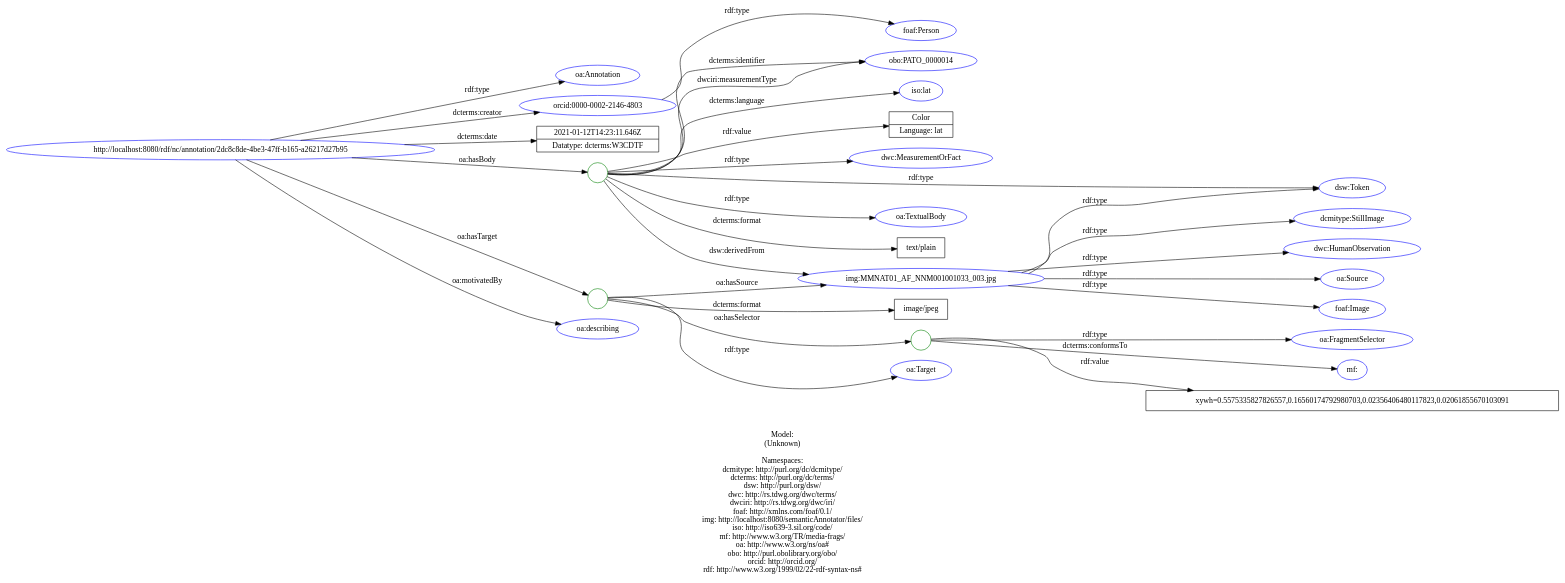
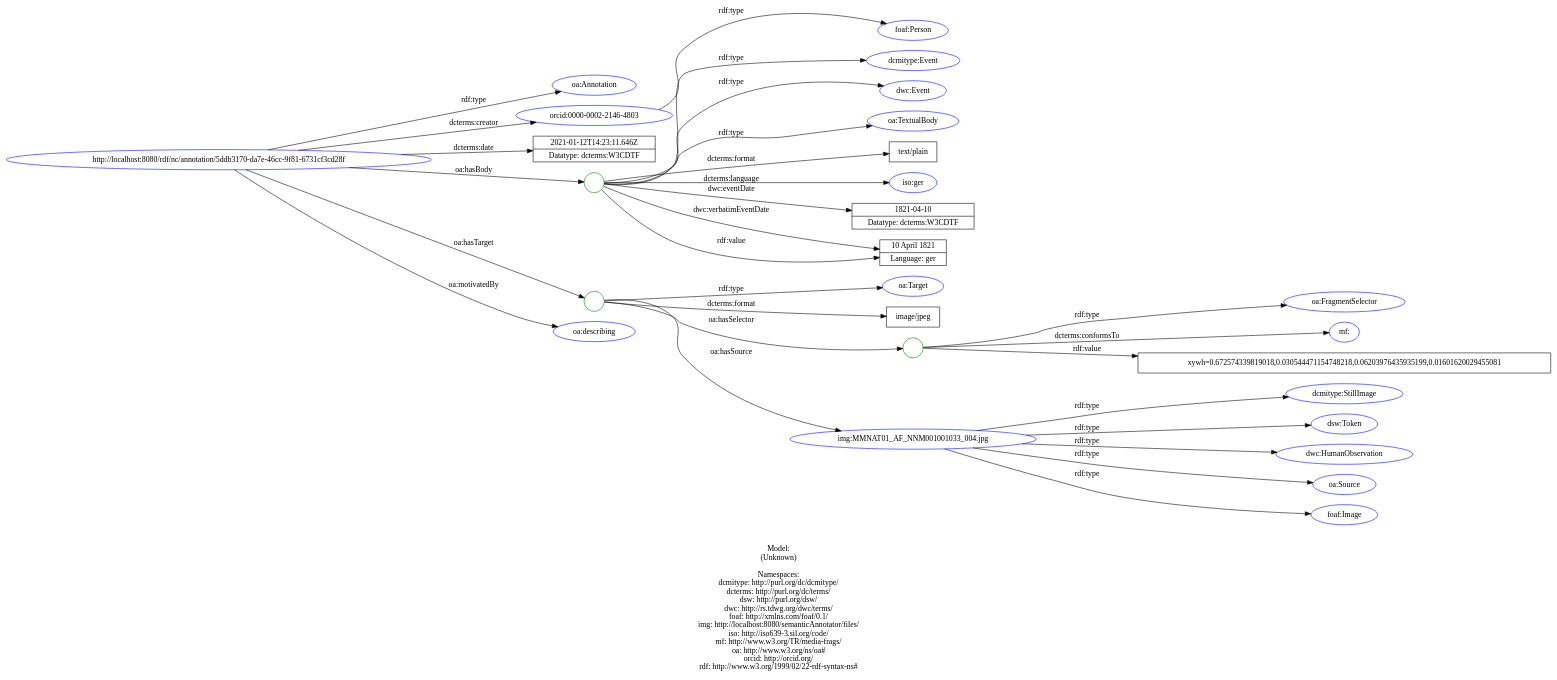
The diagram in doc/models/example_5_1.dot (lisestork/SFB-Annotator), drawn with Graphviz before and after one commit. The commit also changed 24 other files, not shown here.

```diff
--- a/doc/models/example_5_1.dot
+++ b/doc/models/example_5_1.dot
@@ -1,67 +1,67 @@
 digraph {
 	rankdir = LR;
 	charset="utf-8";
 
-	"Rhttp://localhost:8080/rdf/nc/annotation/2dc8c8de-4be3-47ff-b165-a26217d27b95" -> "Roa:Annotation" [ label="rdf:type" ];
-	"Rhttp://localhost:8080/rdf/nc/annotation/2dc8c8de-4be3-47ff-b165-a26217d27b95" -> "Rorcid:0000-0002-2146-4803" [ label="dcterms:creator" ];
-	"Rhttp://localhost:8080/rdf/nc/annotation/2dc8c8de-4be3-47ff-b165-a26217d27b95" -> "L2021-01-12T14:23:11.646Z|Datatype: dcterms:W3CDTF" [ label="dcterms:date" ];
-	"Rhttp://localhost:8080/rdf/nc/annotation/2dc8c8de-4be3-47ff-b165-a26217d27b95" -> "B_:node1f0gq2gelx26" [ label="oa:hasBody" ];
-	"B_:node1f0gq2gelx26" -> "Rdsw:Token" [ label="rdf:type" ];
-	"B_:node1f0gq2gelx26" -> "Rdwc:MeasurementOrFact" [ label="rdf:type" ];
-	"B_:node1f0gq2gelx26" -> "Roa:TextualBody" [ label="rdf:type" ];
-	"B_:node1f0gq2gelx26" -> "Ltext/plain" [ label="dcterms:format" ];
-	"B_:node1f0gq2gelx26" -> "Robo:PATO_0000014" [ label="dcterms:identifier" ];
-	"B_:node1f0gq2gelx26" -> "Riso:lat" [ label="dcterms:language" ];
-	"B_:node1f0gq2gelx26" -> "Rimg:MMNAT01_AF_NNM001001033_003.jpg" [ label="dsw:derivedFrom" ];
-	"B_:node1f0gq2gelx26" -> "Robo:PATO_0000014" [ label="dwciri:measurementType" ];
-	"B_:node1f0gq2gelx26" -> "LColor|Language: lat" [ label="rdf:value" ];
-	"Rhttp://localhost:8080/rdf/nc/annotation/2dc8c8de-4be3-47ff-b165-a26217d27b95" -> "B_:node1f0gq2gelx25" [ label="oa:hasTarget" ];
-	"B_:node1f0gq2gelx25" -> "Roa:Target" [ label="rdf:type" ];
-	"B_:node1f0gq2gelx25" -> "Limage/jpeg" [ label="dcterms:format" ];
-	"B_:node1f0gq2gelx25" -> "B_:node1f0gq2gelx28" [ label="oa:hasSelector" ];
-	"B_:node1f0gq2gelx28" -> "Roa:FragmentSelector" [ label="rdf:type" ];
-	"B_:node1f0gq2gelx28" -> "Rmf:" [ label="dcterms:conformsTo" ];
-	"B_:node1f0gq2gelx28" -> "Lxywh=0.5575335827826557,0.16560174792980703,0.02356406480117823,0.02061855670103091" [ label="rdf:value" ];
-	"B_:node1f0gq2gelx25" -> "Rimg:MMNAT01_AF_NNM001001033_003.jpg" [ label="oa:hasSource" ];
-	"Rhttp://localhost:8080/rdf/nc/annotation/2dc8c8de-4be3-47ff-b165-a26217d27b95" -> "Roa:describing" [ label="oa:motivatedBy" ];
+	"Rhttp://localhost:8080/rdf/nc/annotation/5ddb3170-da7e-46cc-9f81-6731cf3cd28f" -> "Roa:Annotation" [ label="rdf:type" ];
+	"Rhttp://localhost:8080/rdf/nc/annotation/5ddb3170-da7e-46cc-9f81-6731cf3cd28f" -> "Rorcid:0000-0002-2146-4803" [ label="dcterms:creator" ];
+	"Rhttp://localhost:8080/rdf/nc/annotation/5ddb3170-da7e-46cc-9f81-6731cf3cd28f" -> "L2021-01-12T14:23:11.646Z|Datatype: dcterms:W3CDTF" [ label="dcterms:date" ];
+	"Rhttp://localhost:8080/rdf/nc/annotation/5ddb3170-da7e-46cc-9f81-6731cf3cd28f" -> "B_:node1f26ai8ibx81" [ label="oa:hasBody" ];
+	"B_:node1f26ai8ibx81" -> "Rdcmitype:Event" [ label="rdf:type" ];
+	"B_:node1f26ai8ibx81" -> "Rdwc:Event" [ label="rdf:type" ];
+	"B_:node1f26ai8ibx81" -> "Roa:TextualBody" [ label="rdf:type" ];
+	"B_:node1f26ai8ibx81" -> "Ltext/plain" [ label="dcterms:format" ];
+	"B_:node1f26ai8ibx81" -> "Riso:ger" [ label="dcterms:language" ];
+	"B_:node1f26ai8ibx81" -> "L1821-04-10|Datatype: dcterms:W3CDTF" [ label="dwc:eventDate" ];
+	"B_:node1f26ai8ibx81" -> "L10 April 1821|Language: ger" [ label="dwc:verbatimEventDate" ];
+	"B_:node1f26ai8ibx81" -> "L10 April 1821|Language: ger" [ label="rdf:value" ];
+	"Rhttp://localhost:8080/rdf/nc/annotation/5ddb3170-da7e-46cc-9f81-6731cf3cd28f" -> "B_:node1f26ai8ibx80" [ label="oa:hasTarget" ];
+	"B_:node1f26ai8ibx80" -> "Roa:Target" [ label="rdf:type" ];
+	"B_:node1f26ai8ibx80" -> "Limage/jpeg" [ label="dcterms:format" ];
+	"B_:node1f26ai8ibx80" -> "B_:node1f26ai8ibx83" [ label="oa:hasSelector" ];
+	"B_:node1f26ai8ibx83" -> "Roa:FragmentSelector" [ label="rdf:type" ];
+	"B_:node1f26ai8ibx83" -> "Rmf:" [ label="dcterms:conformsTo" ];
+	"B_:node1f26ai8ibx83" -> "Lxywh=0.672574339819018,0.030544471154748218,0.06203976435935199,0.01601620029455081" [ label="rdf:value" ];
+	"B_:node1f26ai8ibx80" -> "Rimg:MMNAT01_AF_NNM001001033_004.jpg" [ label="oa:hasSource" ];
+	"Rhttp://localhost:8080/rdf/nc/annotation/5ddb3170-da7e-46cc-9f81-6731cf3cd28f" -> "Roa:describing" [ label="oa:motivatedBy" ];
 	"Rorcid:0000-0002-2146-4803" -> "Rfoaf:Person" [ label="rdf:type" ];
-	"Rimg:MMNAT01_AF_NNM001001033_003.jpg" -> "Rdcmitype:StillImage" [ label="rdf:type" ];
-	"Rimg:MMNAT01_AF_NNM001001033_003.jpg" -> "Rdsw:Token" [ label="rdf:type" ];
-	"Rimg:MMNAT01_AF_NNM001001033_003.jpg" -> "Rdwc:HumanObservation" [ label="rdf:type" ];
-	"Rimg:MMNAT01_AF_NNM001001033_003.jpg" -> "Roa:Source" [ label="rdf:type" ];
-	"Rimg:MMNAT01_AF_NNM001001033_003.jpg" -> "Rfoaf:Image" [ label="rdf:type" ];
+	"Rimg:MMNAT01_AF_NNM001001033_004.jpg" -> "Rdcmitype:StillImage" [ label="rdf:type" ];
+	"Rimg:MMNAT01_AF_NNM001001033_004.jpg" -> "Rdsw:Token" [ label="rdf:type" ];
+	"Rimg:MMNAT01_AF_NNM001001033_004.jpg" -> "Rdwc:HumanObservation" [ label="rdf:type" ];
+	"Rimg:MMNAT01_AF_NNM001001033_004.jpg" -> "Roa:Source" [ label="rdf:type" ];
+	"Rimg:MMNAT01_AF_NNM001001033_004.jpg" -> "Rfoaf:Image" [ label="rdf:type" ];
 
 	// Resources
-	"Rhttp://localhost:8080/rdf/nc/annotation/2dc8c8de-4be3-47ff-b165-a26217d27b95" [ label="http://localhost:8080/rdf/nc/annotation/2dc8c8de-4be3-47ff-b165-a26217d27b95", shape = ellipse, color = blue ];
+	"Rhttp://localhost:8080/rdf/nc/annotation/5ddb3170-da7e-46cc-9f81-6731cf3cd28f" [ label="http://localhost:8080/rdf/nc/annotation/5ddb3170-da7e-46cc-9f81-6731cf3cd28f", shape = ellipse, color = blue ];
 	"Roa:Annotation" [ label="oa:Annotation", shape = ellipse, color = blue ];
 	"Rorcid:0000-0002-2146-4803" [ label="orcid:0000-0002-2146-4803", shape = ellipse, color = blue ];
-	"Rdsw:Token" [ label="dsw:Token", shape = ellipse, color = blue ];
-	"Rdwc:MeasurementOrFact" [ label="dwc:MeasurementOrFact", shape = ellipse, color = blue ];
+	"Rdcmitype:Event" [ label="dcmitype:Event", shape = ellipse, color = blue ];
+	"Rdwc:Event" [ label="dwc:Event", shape = ellipse, color = blue ];
 	"Roa:TextualBody" [ label="oa:TextualBody", shape = ellipse, color = blue ];
-	"Robo:PATO_0000014" [ label="obo:PATO_0000014", shape = ellipse, color = blue ];
-	"Riso:lat" [ label="iso:lat", shape = ellipse, color = blue ];
-	"Rimg:MMNAT01_AF_NNM001001033_003.jpg" [ label="img:MMNAT01_AF_NNM001001033_003.jpg", shape = ellipse, color = blue ];
+	"Riso:ger" [ label="iso:ger", shape = ellipse, color = blue ];
 	"Roa:Target" [ label="oa:Target", shape = ellipse, color = blue ];
 	"Roa:FragmentSelector" [ label="oa:FragmentSelector", shape = ellipse, color = blue ];
 	"Rmf:" [ label="mf:", shape = ellipse, color = blue ];
+	"Rimg:MMNAT01_AF_NNM001001033_004.jpg" [ label="img:MMNAT01_AF_NNM001001033_004.jpg", shape = ellipse, color = blue ];
 	"Roa:describing" [ label="oa:describing", shape = ellipse, color = blue ];
 	"Rfoaf:Person" [ label="foaf:Person", shape = ellipse, color = blue ];
 	"Rdcmitype:StillImage" [ label="dcmitype:StillImage", shape = ellipse, color = blue ];
+	"Rdsw:Token" [ label="dsw:Token", shape = ellipse, color = blue ];
 	"Rdwc:HumanObservation" [ label="dwc:HumanObservation", shape = ellipse, color = blue ];
 	"Roa:Source" [ label="oa:Source", shape = ellipse, color = blue ];
 	"Rfoaf:Image" [ label="foaf:Image", shape = ellipse, color = blue ];
 
 	// Anonymous nodes
-	"B_:node1f0gq2gelx26" [ label="", shape = circle, color = green ];
-	"B_:node1f0gq2gelx25" [ label="", shape = circle, color = green ];
-	"B_:node1f0gq2gelx28" [ label="", shape = circle, color = green ];
+	"B_:node1f26ai8ibx81" [ label="", shape = circle, color = green ];
+	"B_:node1f26ai8ibx80" [ label="", shape = circle, color = green ];
+	"B_:node1f26ai8ibx83" [ label="", shape = circle, color = green ];
 
 	// Literals
 	"L2021-01-12T14:23:11.646Z|Datatype: dcterms:W3CDTF" [ label="2021-01-12T14:23:11.646Z|Datatype: dcterms:W3CDTF", shape = record ];
 	"Ltext/plain" [ label="text/plain", shape = record ];
-	"LColor|Language: lat" [ label="Color|Language: lat", shape = record ];
+	"L1821-04-10|Datatype: dcterms:W3CDTF" [ label="1821-04-10|Datatype: dcterms:W3CDTF", shape = record ];
+	"L10 April 1821|Language: ger" [ label="10 April 1821|Language: ger", shape = record ];
 	"Limage/jpeg" [ label="image/jpeg", shape = record ];
-	"Lxywh=0.5575335827826557,0.16560174792980703,0.02356406480117823,0.02061855670103091" [ label="xywh=0.5575335827826557,0.16560174792980703,0.02356406480117823,0.02061855670103091", shape = record ];
+	"Lxywh=0.672574339819018,0.030544471154748218,0.06203976435935199,0.01601620029455081" [ label="xywh=0.672574339819018,0.030544471154748218,0.06203976435935199,0.01601620029455081", shape = record ];
 
-	label="\n\nModel:\n(Unknown)\n\nNamespaces:\ndcmitype: http://purl.org/dc/dcmitype/\ndcterms: http://purl.org/dc/terms/\ndsw: http://purl.org/dsw/\ndwc: http://rs.tdwg.org/dwc/terms/\ndwciri: http://rs.tdwg.org/dwc/iri/\nfoaf: http://xmlns.com/foaf/0.1/\nimg: http://localhost:8080/semanticAnnotator/files/\niso: http://iso639-3.sil.org/code/\nmf: http://www.w3.org/TR/media-frags/\noa: http://www.w3.org/ns/oa#\nobo: http://purl.obolibrary.org/obo/\norcid: http://orcid.org/\nrdf: http://www.w3.org/1999/02/22-rdf-syntax-ns#\n";
+	label="\n\nModel:\n(Unknown)\n\nNamespaces:\ndcmitype: http://purl.org/dc/dcmitype/\ndcterms: http://purl.org/dc/terms/\ndsw: http://purl.org/dsw/\ndwc: http://rs.tdwg.org/dwc/terms/\nfoaf: http://xmlns.com/foaf/0.1/\nimg: http://localhost:8080/semanticAnnotator/files/\niso: http://iso639-3.sil.org/code/\nmf: http://www.w3.org/TR/media-frags/\noa: http://www.w3.org/ns/oa#\norcid: http://orcid.org/\nrdf: http://www.w3.org/1999/02/22-rdf-syntax-ns#\n";
 }
```
